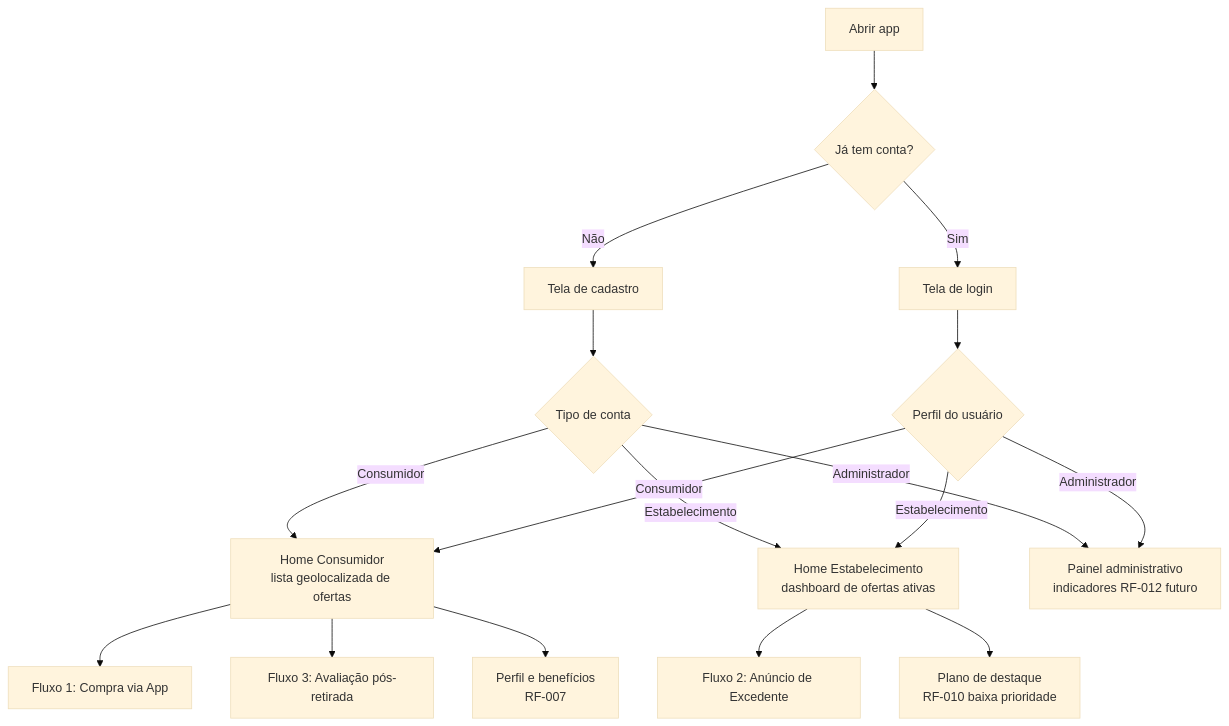
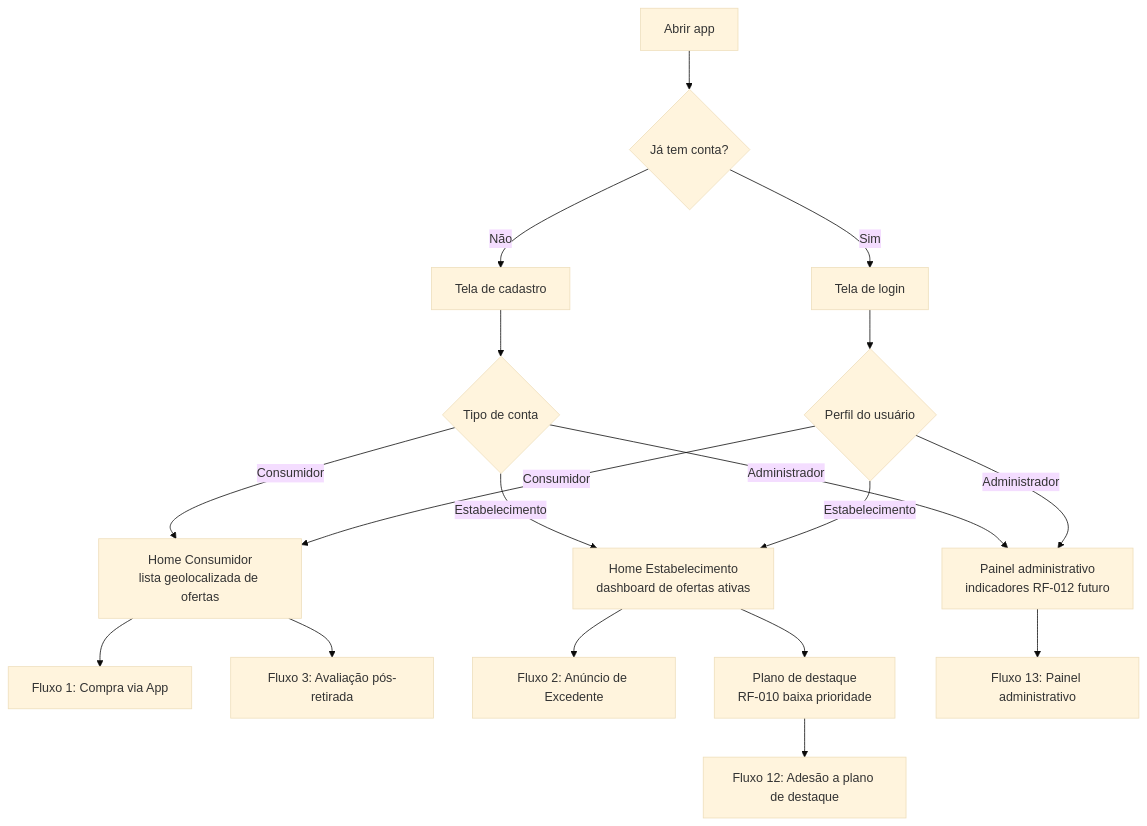
The first of 14 diagrams in docs/05-Projeto-interface.md (nulltupy/foodloop-projeto-testes), drawn with Mermaid (base theme) before and after one commit. The commit also changed other lines of this file and 2 other files, not shown here.

Commit message:
Expande user flow para 13 fluxos com mapa de lacunas e alinha 02 e 04

````diff
--- a/docs/05-Projeto-interface.md
+++ b/docs/05-Projeto-interface.md
@@ -29,19 +29,20 @@
 ```mermaid
 flowchart TD
     A[Abrir app] --> B{Já tem conta?}
     B -- Não --> C[Tela de cadastro]
     B -- Sim --> D[Tela de login]
     C --> E{Tipo de conta}
     E -- Consumidor --> F[Home Consumidor<br/>lista geolocalizada de ofertas]
     E -- Estabelecimento --> G[Home Estabelecimento<br/>dashboard de ofertas ativas]
     E -- Administrador --> ADM[Painel administrativo<br/>indicadores RF-012 futuro]
     D --> H{Perfil do usuário}
     H -- Consumidor --> F
     H -- Estabelecimento --> G
     H -- Administrador --> ADM
     F --> F1[Fluxo 1: Compra via App]
     F --> F3[Fluxo 3: Avaliação pós-retirada]
     G --> F2[Fluxo 2: Anúncio de Excedente]
     G --> ASS[Plano de destaque<br/>RF-010 baixa prioridade]
-    F --> PERF[Perfil e benefícios<br/>RF-007]
+    ASS --> F12[Fluxo 12: Adesão a plano de destaque]
+    ADM --> F13[Fluxo 13: Painel administrativo]
 ```
````
